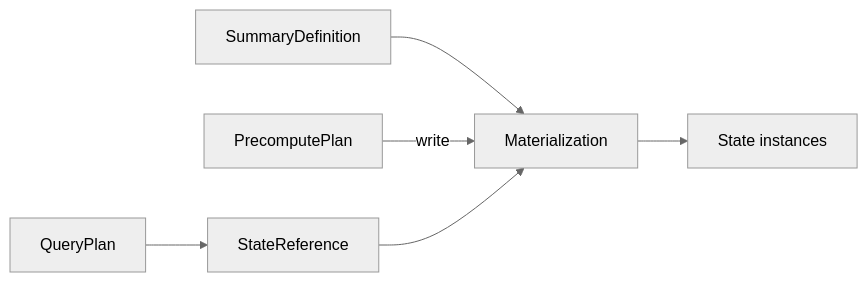
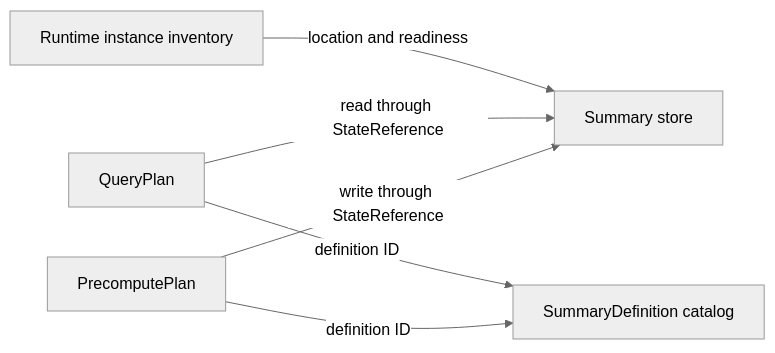
The diagram in docs/design_docs/summary-catalog-sds-architecture.md (ProjectASAP/ASAPQuery-backend), drawn with Mermaid (neutral theme) before and after one commit. The commit also changed other lines of this file and 3 other files, not shown here.

Commit message:
docs: remove standalone catalog materialization abstraction

````diff
--- a/docs/design_docs/summary-catalog-sds-architecture.md
+++ b/docs/design_docs/summary-catalog-sds-architecture.md
@@ -34,8 +35,8 @@
 ```mermaid
 flowchart LR
-  D[SummaryDefinition] --> M[Materialization]
-  M --> I[State instances]
-  P[PrecomputePlan] -->|write| M
-  Q[QueryPlan] --> R[StateReference]
-  R --> M
+  P[PrecomputePlan] -->|write through StateReference| S[Summary store]
+  Q[QueryPlan] -->|read through StateReference| S
+  P -->|definition ID| D[SummaryDefinition catalog]
+  Q -->|definition ID| D
+  I[Runtime instance inventory] -->|location and readiness| S
 ```
````
